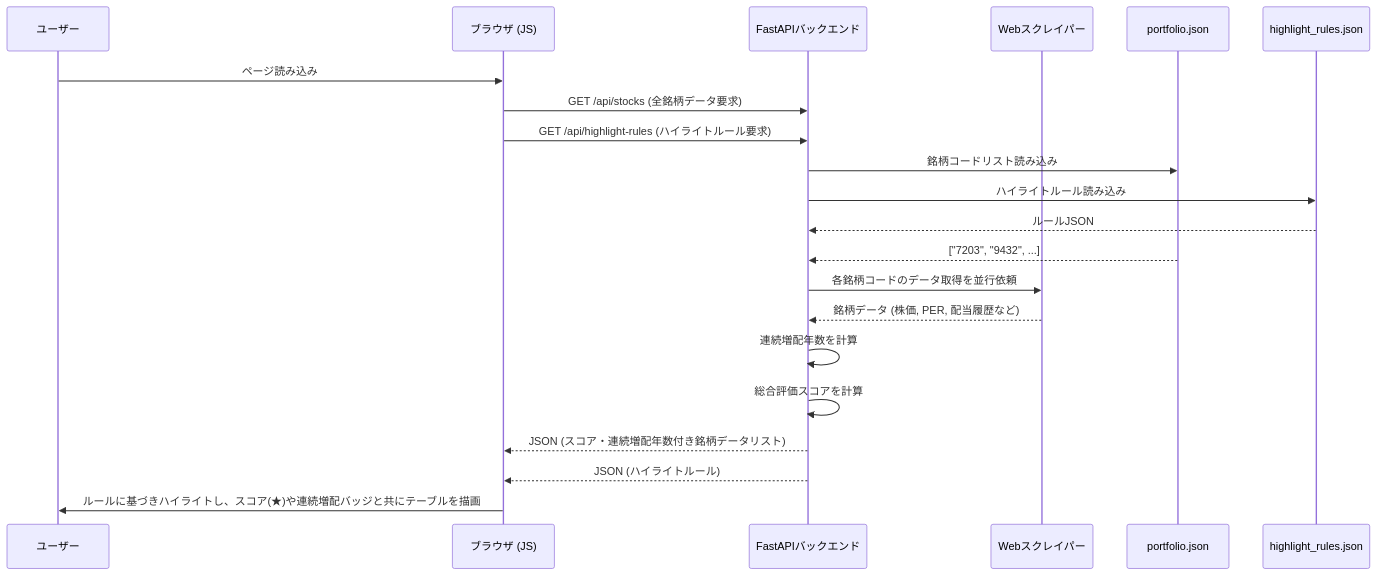
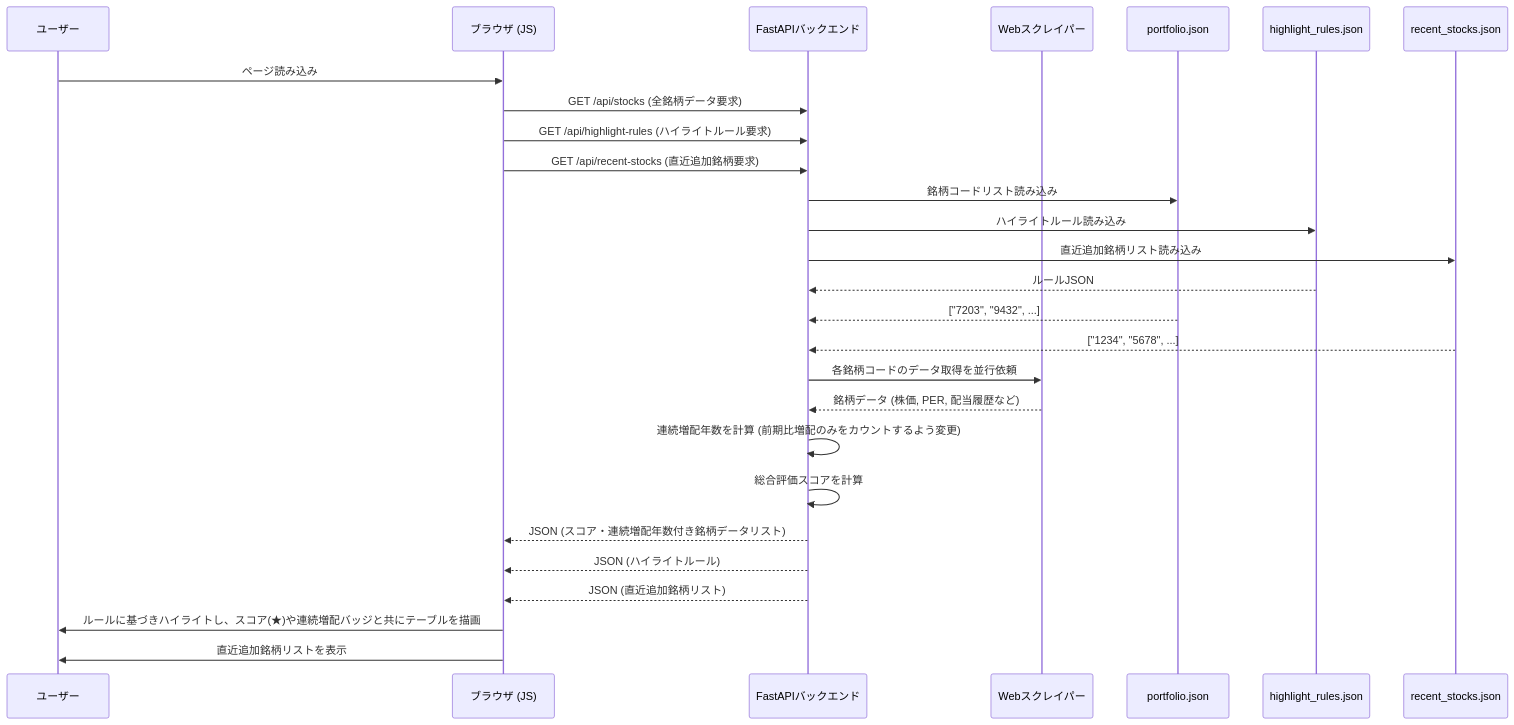
Before and after one commit to ymkge/jp-stock-portfolio-app: the first of 3 diagrams in README.md, drawn with Mermaid. The commit also changed other lines of this file, not shown here.

````diff
--- a/README.md
+++ b/README.md
@@ -70,28 +70,34 @@
 ```mermaid
 sequenceDiagram
     participant User as ユーザー
     participant Browser as ブラウザ (JS)
     participant API as FastAPIバックエンド
     participant Scraper as Webスクレイパー
     participant Portfolio as portfolio.json
     participant Rules as highlight_rules.json
+    participant RecentStocks as recent_stocks.json
 
     User->>Browser: ページ読み込み
     Browser->>API: GET /api/stocks (全銘柄データ要求)
     Browser->>API: GET /api/highlight-rules (ハイライトルール要求)
+    Browser->>API: GET /api/recent-stocks (直近追加銘柄要求)
     
     API->>Portfolio: 銘柄コードリスト読み込み
     API->>Rules: ハイライトルール読み込み
+    API->>RecentStocks: 直近追加銘柄リスト読み込み
     Rules-->>API: ルールJSON
     Portfolio-->>API: ["7203", "9432", ...]
+    RecentStocks-->>API: ["1234", "5678", ...]
     
     API->>Scraper: 各銘柄コードのデータ取得を並行依頼
     Scraper-->>API: 銘柄データ (株価, PER, 配当履歴など)
     
-    API->>API: 連続増配年数を計算
+    API->>API: 連続増配年数を計算 (前期比増配のみをカウントするよう変更)
     API->>API: 総合評価スコアを計算
     API-->>Browser: JSON (スコア・連続増配年数付き銘柄データリスト)
     API-->>Browser: JSON (ハイライトルール)
+    API-->>Browser: JSON (直近追加銘柄リスト)
     
     Browser->>User: ルールに基づきハイライトし、スコア(★)や連続増配バッジと共にテーブルを描画
+    Browser->>User: 直近追加銘柄リストを表示
 ```
````
